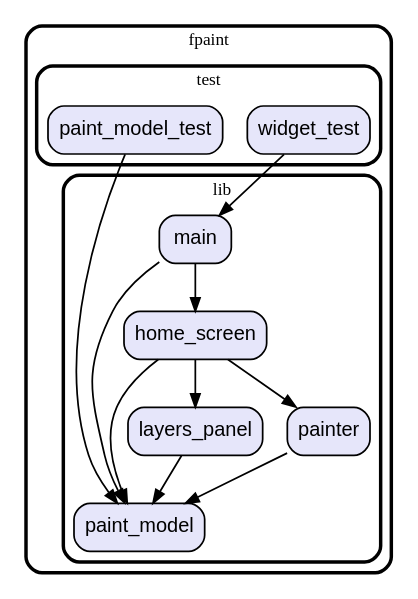
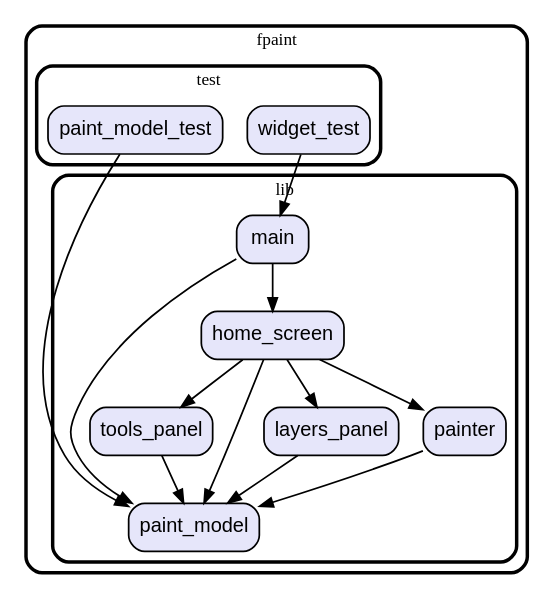
Before and after one commit to vteam-com/fPaint: the diagram in graph.dot, drawn with Graphviz. The commit also changed 4 other files, not shown here.

```diff
--- a/graph.dot
+++ b/graph.dot
@@ -1,37 +1,41 @@
 digraph "" {
   graph [style=rounded fontname="Arial Black" fontsize=13 penwidth=2.6];
   node [shape=rect style="filled,rounded" fontname=Arial fontsize=15 fillcolor=Lavender penwidth=1.3];
   edge [penwidth=1.3];
   "/test/paint_model_test.dart" [label="paint_model_test"];
   "/test/widget_test.dart" [label="widget_test"];
+  "/lib/tools_panel.dart" [label="tools_panel"];
   "/lib/main.dart" [label="main"];
   "/lib/paint_model.dart" [label="paint_model"];
   "/lib/layers_panel.dart" [label="layers_panel"];
   "/lib/painter.dart" [label="painter"];
   "/lib/home_screen.dart" [label="home_screen"];
   subgraph "cluster~" {
     label="fpaint";
     subgraph "cluster~/test" {
       label="test";
       "/test/paint_model_test.dart";
       "/test/widget_test.dart";
     }
     subgraph "cluster~/lib" {
       label="lib";
+      "/lib/tools_panel.dart";
       "/lib/main.dart";
       "/lib/paint_model.dart";
       "/lib/layers_panel.dart";
       "/lib/painter.dart";
       "/lib/home_screen.dart";
     }
   }
   "/test/paint_model_test.dart" -> "/lib/paint_model.dart";
   "/test/widget_test.dart" -> "/lib/main.dart";
+  "/lib/tools_panel.dart" -> "/lib/paint_model.dart";
   "/lib/main.dart" -> "/lib/home_screen.dart";
   "/lib/main.dart" -> "/lib/paint_model.dart";
   "/lib/layers_panel.dart" -> "/lib/paint_model.dart";
   "/lib/painter.dart" -> "/lib/paint_model.dart";
   "/lib/home_screen.dart" -> "/lib/layers_panel.dart";
+  "/lib/home_screen.dart" -> "/lib/tools_panel.dart";
   "/lib/home_screen.dart" -> "/lib/paint_model.dart";
   "/lib/home_screen.dart" -> "/lib/painter.dart";
 }
```
